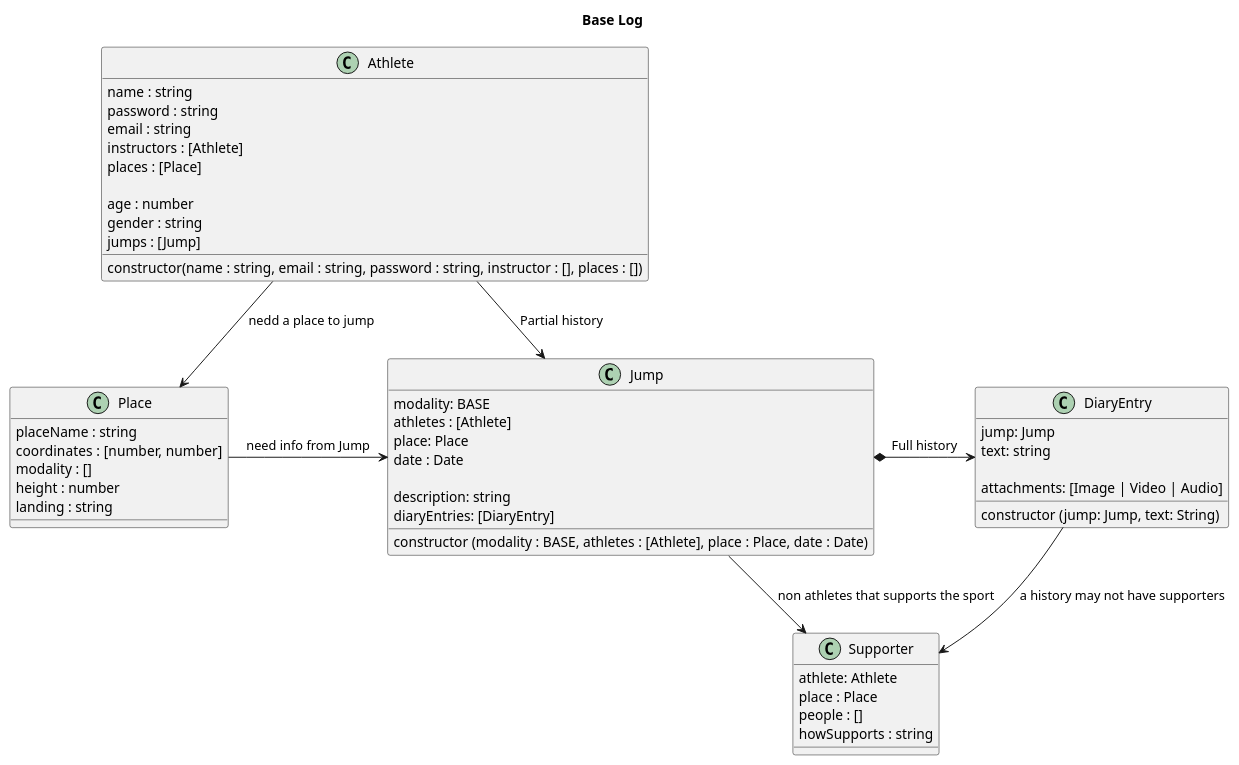
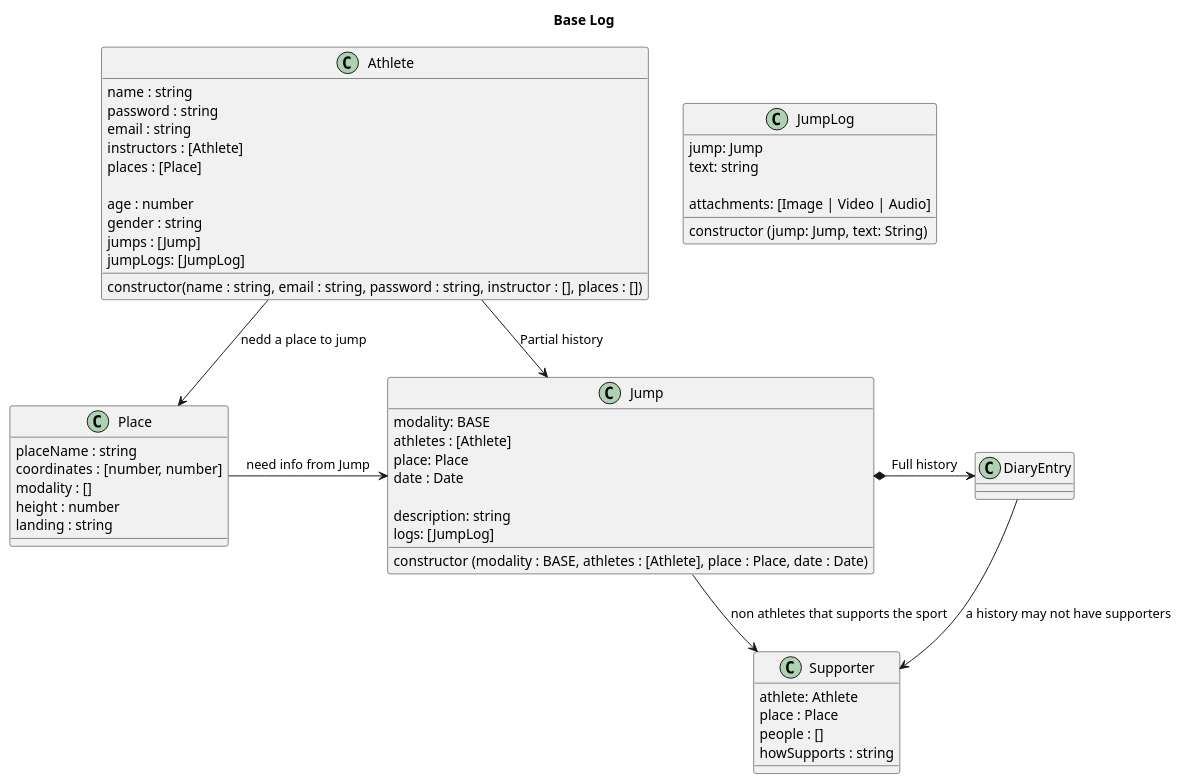
The diagram in architecture/class.puml (discombobulateme/webdoc), drawn with PlantUML before and after one commit.

Commit message:
Update diagram with fixed models

```diff
--- a/architecture/class.puml
+++ b/architecture/class.puml
@@ -1,73 +1,76 @@
 @startuml Base Log
 Title Base Log
 
 class Athlete {
 name : string
 password : string
 email : string
 instructors : [Athlete]
 places : [Place]
 
 age : number
 gender : string
+' record of the jumps user did, has more than 1 log
 jumps : [Jump]
+' my unique jumps logs
+jumpLogs: [JumpLog]
 
 constructor(name : string, email : string, password : string, instructor : [], places : [])
 }
 
 class Jump {
 ' addJump(Jump)
 ' Verify: if that place exists
 ' Verify: if you are linked in date and place with a Jump
 modality: BASE
 athletes : [Athlete]
 place: Place
 date : Date
 
 ' this is a sinopse
 description: string
-diaryEntries: [DiaryEntry]
+logs: [JumpLog]
 
 constructor (modality : BASE, athletes : [Athlete], place : Place, date : Date)
 }
 
-class DiaryEntry {
+class JumpLog {
 jump: Jump
 ' this is the full history text
 text: string
 
 attachments: [Image | Video | Audio]
 
 constructor (jump: Jump, text: String)
 }
 
 class Place {
 placeName : string
 coordinates : [number, number]
 modality : []
 height : number
 landing : string
 }
 
 'non Athletes that supports the sport
 class Supporter {
 ' a supporter can associate with a place or a person
 athlete: Athlete
 place : Place
 people : []
 howSupports : string
 }
 
 ' Head *- Hand : composition
 ' Parent o-- IndependentChild : agregation
 ' Need --> Use : association
 
 Athlete --> Place : nedd a place to jump
 Athlete -> Jump : Partial history
 
 Place -> Jump : need info from Jump
 Jump *-> DiaryEntry : Full history
 Jump --> Supporter : non athletes that supports the sport
 DiaryEntry --> Supporter : a history may not have supporters
 
 @enduml
```
